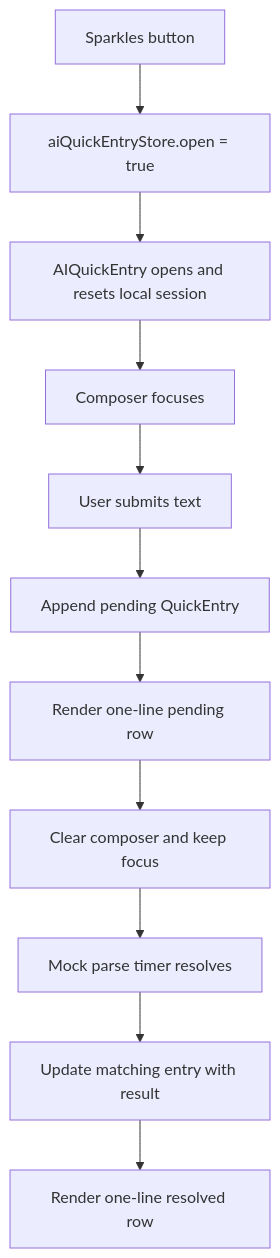
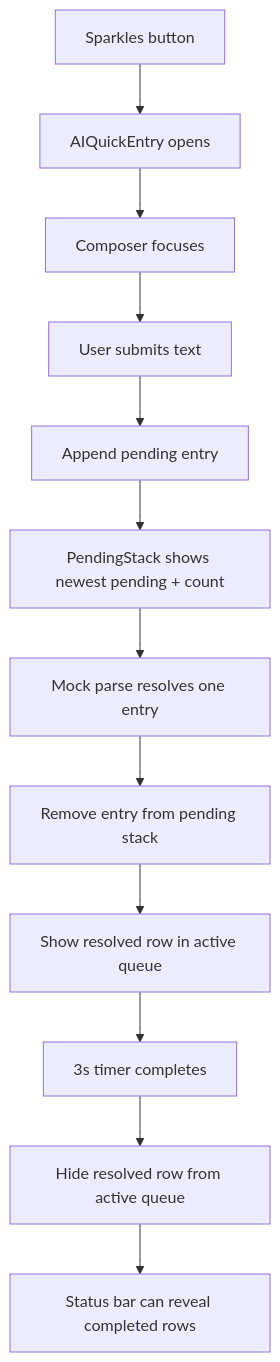
Before and after one commit to hualocson/ai-market-expend-helper: the diagram in docs/superpowers/specs/2026-05-30-ai-quick-entry-rapid-entry-queue-design.md, drawn with Mermaid. The commit also changed other lines of this file, not shown here.

Commit message:
docs(ai-quick-entry): revise queue stack behavior

````diff
--- a/docs/superpowers/specs/2026-05-30-ai-quick-entry-rapid-entry-queue-design.md
+++ b/docs/superpowers/specs/2026-05-30-ai-quick-entry-rapid-entry-queue-design.md
@@ -328,13 +496,14 @@
 ```mermaid
 flowchart TD
-  A["Sparkles button"] --> B["aiQuickEntryStore.open = true"]
-  B --> C["AIQuickEntry opens and resets local session"]
-  C --> D["Composer focuses"]
-  D --> E["User submits text"]
-  E --> F["Append pending QuickEntry"]
-  F --> G["Render one-line pending row"]
-  G --> H["Clear composer and keep focus"]
-  H --> I["Mock parse timer resolves"]
-  I --> J["Update matching entry with result"]
-  J --> K["Render one-line resolved row"]
+  A["Sparkles button"] --> B["AIQuickEntry opens"]
+  B --> C["Composer focuses"]
+  C --> D["User submits text"]
+  D --> E["Append pending entry"]
+  E --> F["PendingStack shows newest pending + count"]
+  F --> G["Mock parse resolves one entry"]
+  G --> H["Remove entry from pending stack"]
+  H --> I["Show resolved row in active queue"]
+  I --> J["3s timer completes"]
+  J --> K["Hide resolved row from active queue"]
+  K --> L["Status bar can reveal completed rows"]
 ```
````
